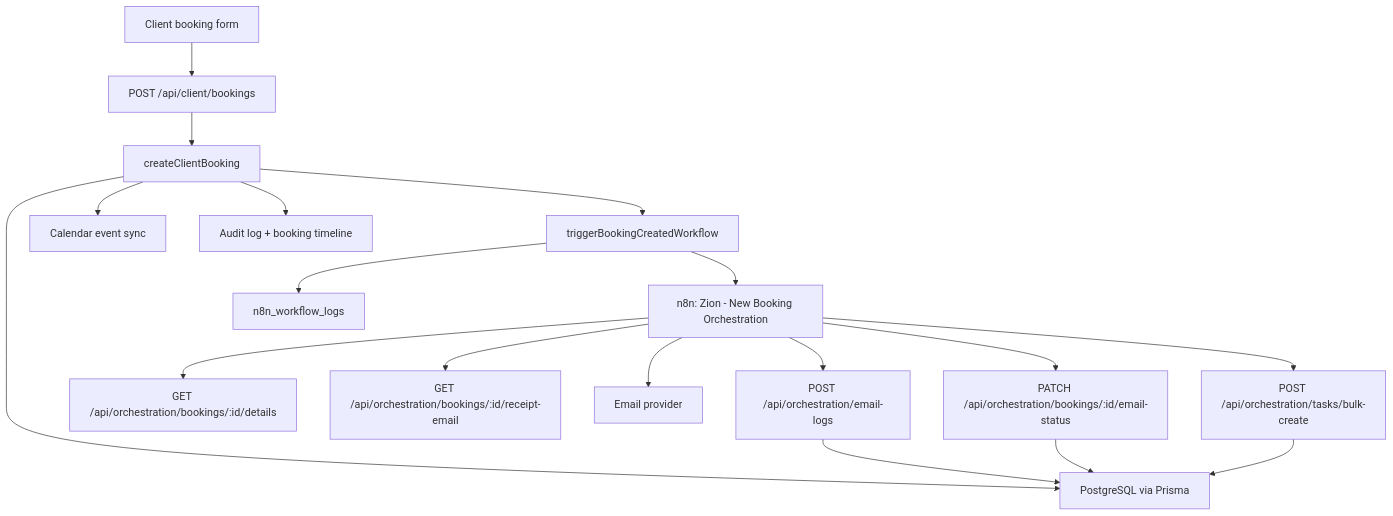
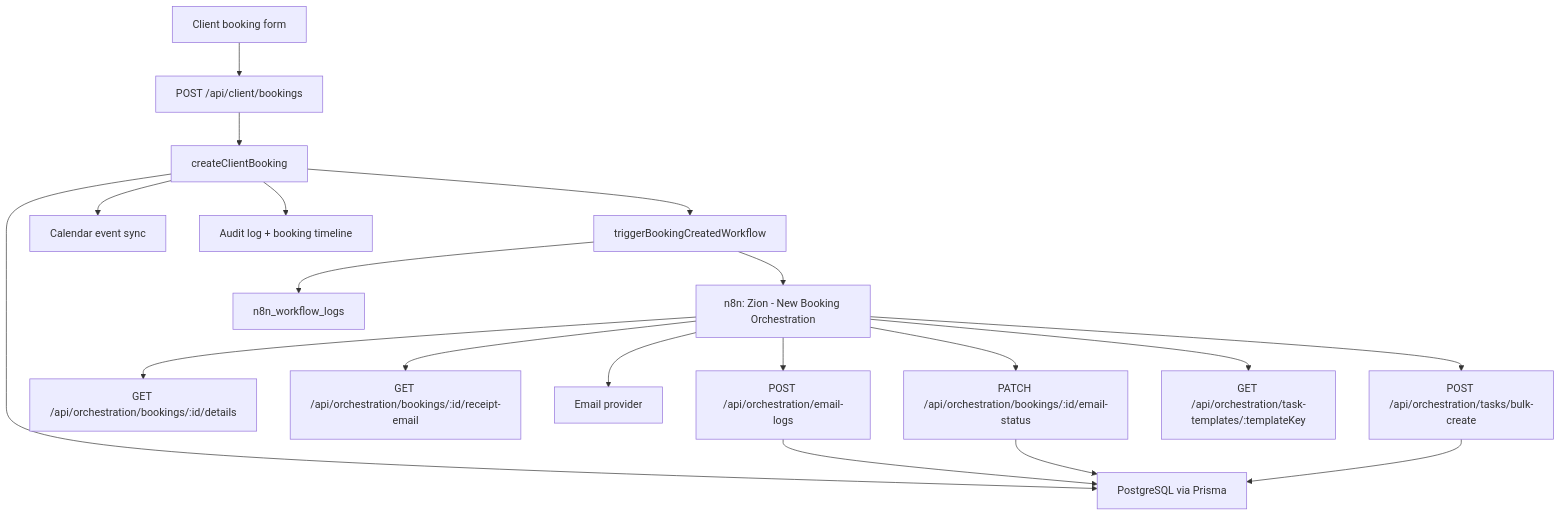
Before and after one commit to jeyyzxc/ZenTra: the diagram in docs/n8n/zion-current-n8n-orchestration.md, drawn with Mermaid. The commit also changed other lines of this file and 191 other files, not shown here.

````diff
--- a/docs/n8n/zion-current-n8n-orchestration.md
+++ b/docs/n8n/zion-current-n8n-orchestration.md
@@ -30,20 +30,21 @@
 ```mermaid
 flowchart TD
   Client["Client booking form"] --> BookingAPI["POST /api/client/bookings"]
   BookingAPI --> BookingService["createClientBooking"]
   BookingService --> DB["PostgreSQL via Prisma"]
   BookingService --> Calendar["Calendar event sync"]
   BookingService --> Audit["Audit log + booking timeline"]
   BookingService --> Trigger["triggerBookingCreatedWorkflow"]
   Trigger --> WebhookLog["n8n_workflow_logs"]
   Trigger --> N8N["n8n: Zion - New Booking Orchestration"]
   N8N --> DetailsAPI["GET /api/orchestration/bookings/:id/details"]
   N8N --> ReceiptAPI["GET /api/orchestration/bookings/:id/receipt-email"]
   N8N --> EmailProvider["Email provider"]
   N8N --> EmailLogs["POST /api/orchestration/email-logs"]
   N8N --> EmailStatus["PATCH /api/orchestration/bookings/:id/email-status"]
+  N8N --> TemplateAPI["GET /api/orchestration/task-templates/:templateKey"]
   N8N --> Tasks["POST /api/orchestration/tasks/bulk-create"]
   EmailLogs --> DB
   EmailStatus --> DB
   Tasks --> DB
 ```
````
